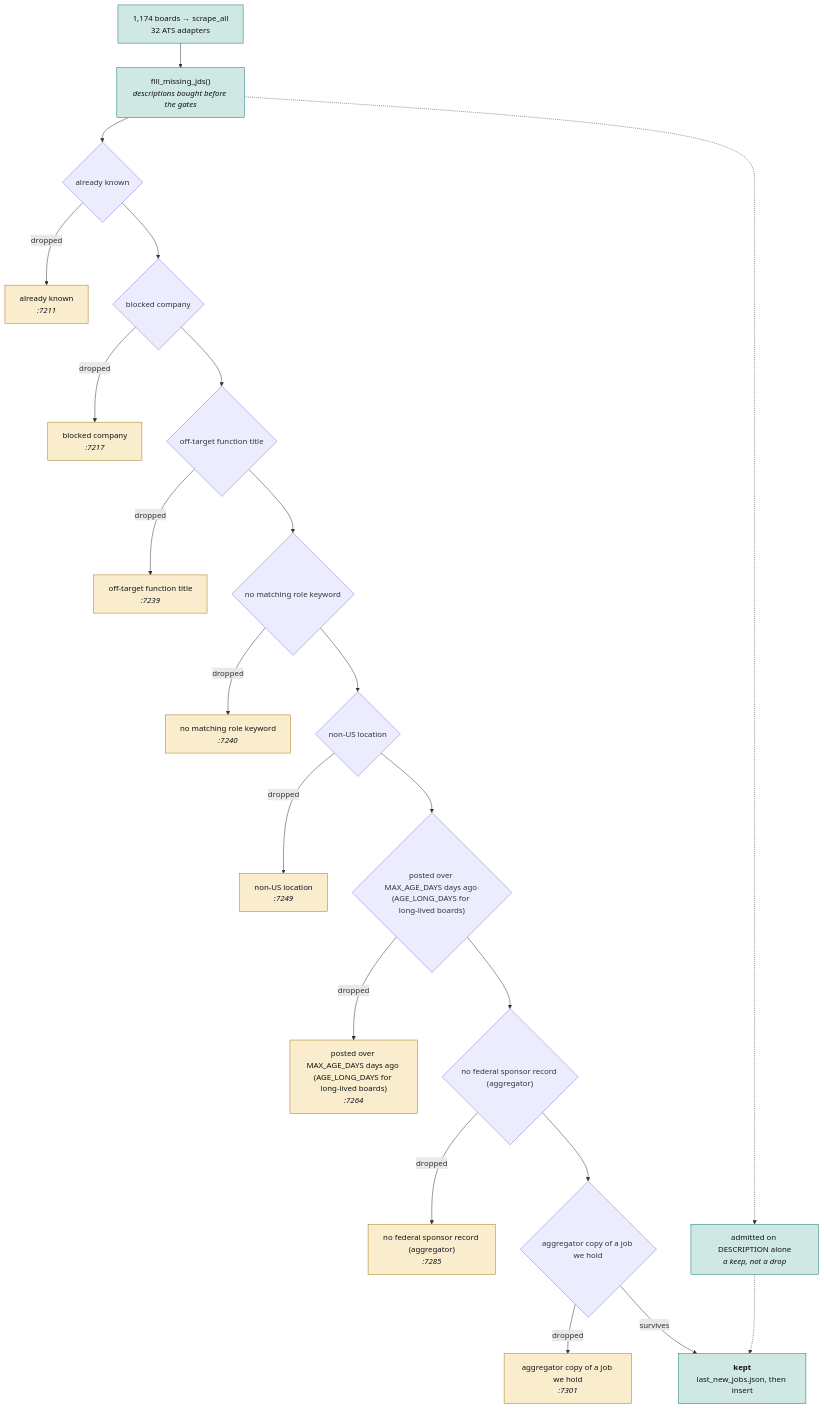
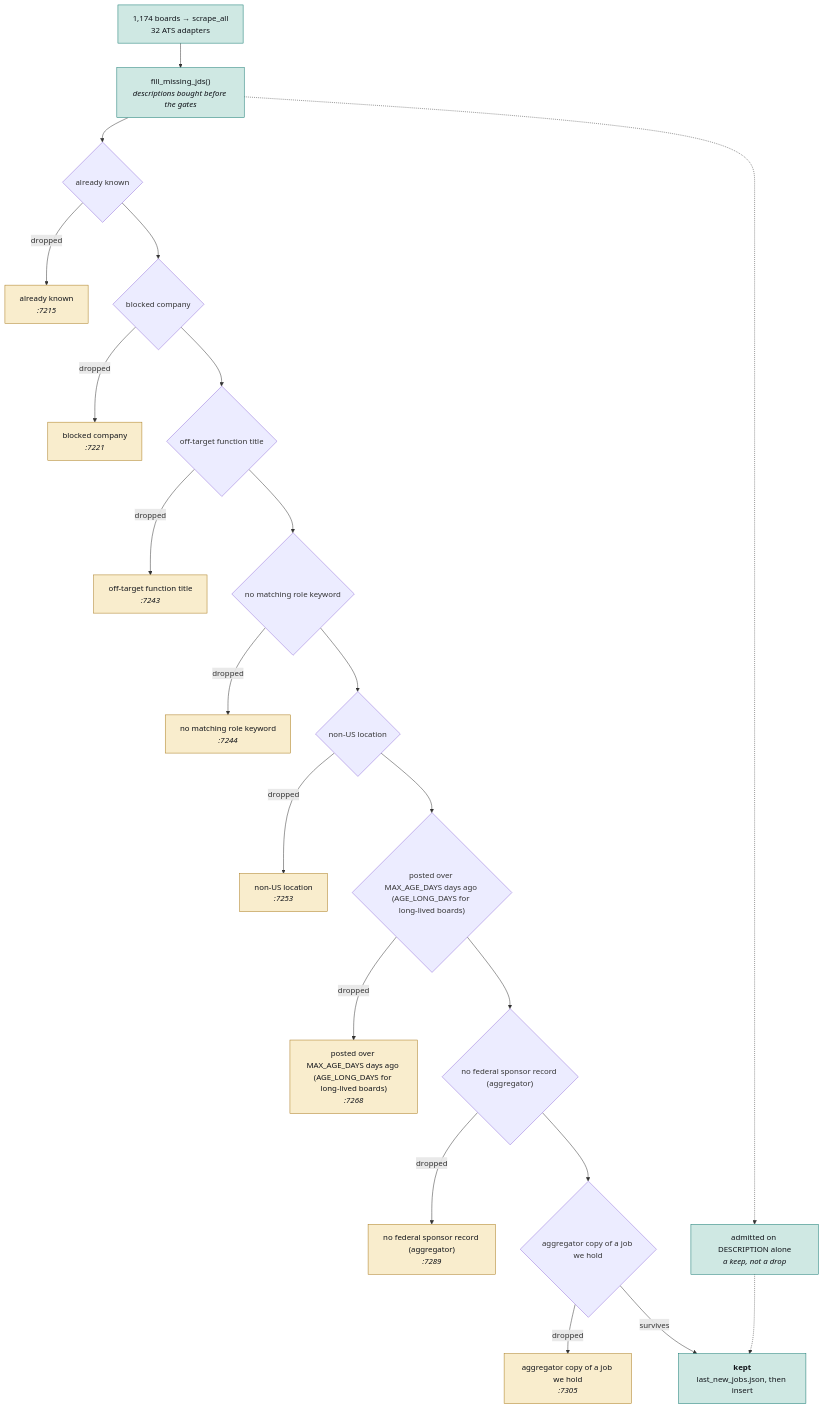
Before and after one commit to hadakunal909-debug/job-search-tool: the second of 4 diagrams in JobMatch Scraper/docs/ARCHITECTURE.md, drawn with Mermaid. The commit also changed other lines of this file and 7 other files, not shown here.

````diff
--- a/JobMatch Scraper/docs/ARCHITECTURE.md
+++ b/JobMatch Scraper/docs/ARCHITECTURE.md
@@ -106,54 +106,54 @@
 ```mermaid
 flowchart TB
   SRC["1,174 boards → scrape_all<br/>32 ATS adapters"]
   JD["fill_missing_jds()<br/><i>descriptions bought before the gates</i>"]
   SRC --> JD
   G0{"already known"}
-  D0["already known<br/><i>:7211</i>"]
+  D0["already known<br/><i>:7215</i>"]
   JD --> G0
   G0 -->|dropped| D0
   class D0 trap
   G1{"blocked company"}
-  D1["blocked company<br/><i>:7217</i>"]
+  D1["blocked company<br/><i>:7221</i>"]
   G0 --> G1
   G1 -->|dropped| D1
   class D1 trap
   G2{"off-target function title"}
-  D2["off-target function title<br/><i>:7239</i>"]
+  D2["off-target function title<br/><i>:7243</i>"]
   G1 --> G2
   G2 -->|dropped| D2
   class D2 trap
   G3{"no matching role keyword"}
-  D3["no matching role keyword<br/><i>:7240</i>"]
+  D3["no matching role keyword<br/><i>:7244</i>"]
   G2 --> G3
   G3 -->|dropped| D3
   class D3 trap
   G4{"non-US location"}
-  D4["non-US location<br/><i>:7249</i>"]
+  D4["non-US location<br/><i>:7253</i>"]
   G3 --> G4
   G4 -->|dropped| D4
   class D4 trap
   G5{"posted over MAX_AGE_DAYS days ago (AGE_LONG_DAYS for long-lived boards)"}
-  D5["posted over MAX_AGE_DAYS days ago (AGE_LONG_DAYS for long-lived boards)<br/><i>:7264</i>"]
+  D5["posted over MAX_AGE_DAYS days ago (AGE_LONG_DAYS for long-lived boards)<br/><i>:7268</i>"]
   G4 --> G5
   G5 -->|dropped| D5
   class D5 trap
   G6{"no federal sponsor record (aggregator)"}
-  D6["no federal sponsor record (aggregator)<br/><i>:7285</i>"]
+  D6["no federal sponsor record (aggregator)<br/><i>:7289</i>"]
   G5 --> G6
   G6 -->|dropped| D6
   class D6 trap
   G7{"aggregator copy of a job we hold"}
-  D7["aggregator copy of a job we hold<br/><i>:7301</i>"]
+  D7["aggregator copy of a job we hold<br/><i>:7305</i>"]
   G6 --> G7
   G7 -->|dropped| D7
   class D7 trap
   KEEP["<b>kept</b><br/>last_new_jobs.json, then insert"]
   G7 -->|survives| KEEP
   RESCUE["admitted on DESCRIPTION alone<br/><i>a keep, not a drop</i>"]
   JD -.-> RESCUE
   RESCUE -.-> KEEP
   classDef trap fill:#f9edcd,stroke:#a8781a,color:#101319
   classDef sched fill:#cfe8e3,stroke:#0f766e,color:#101319
   class SRC,JD,KEEP,RESCUE sched
 ```
````
